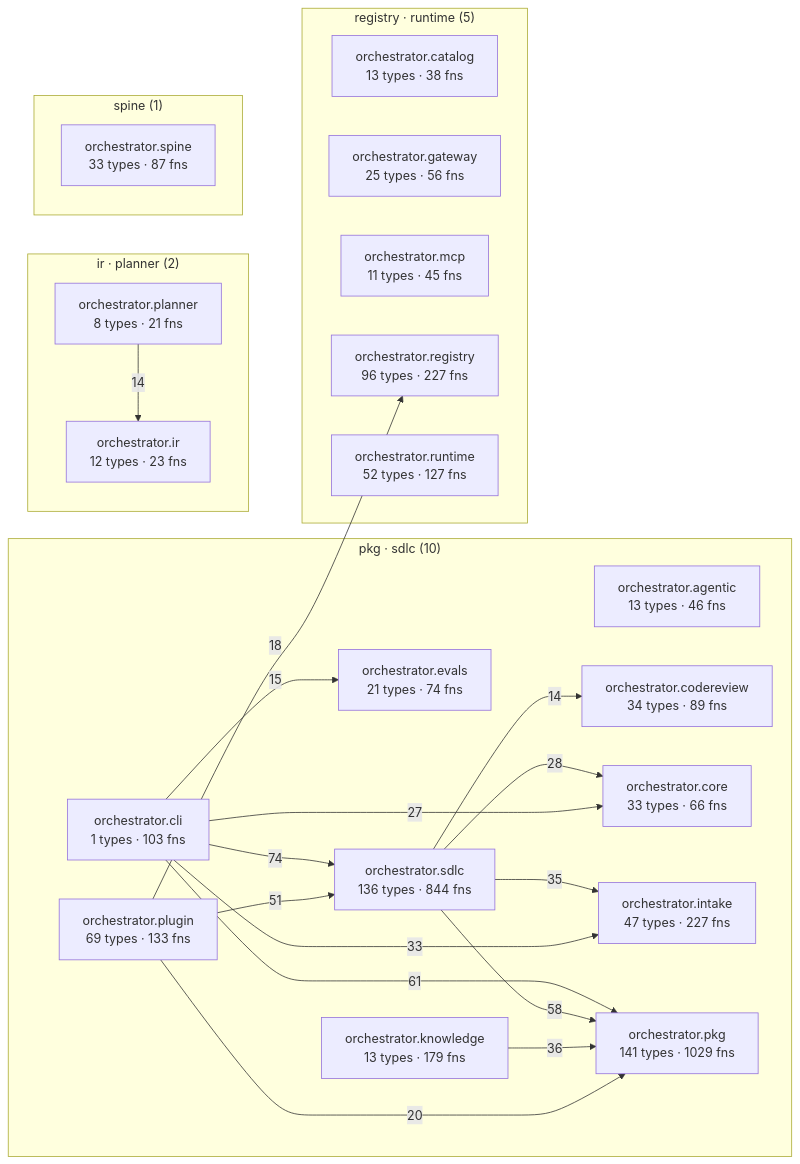
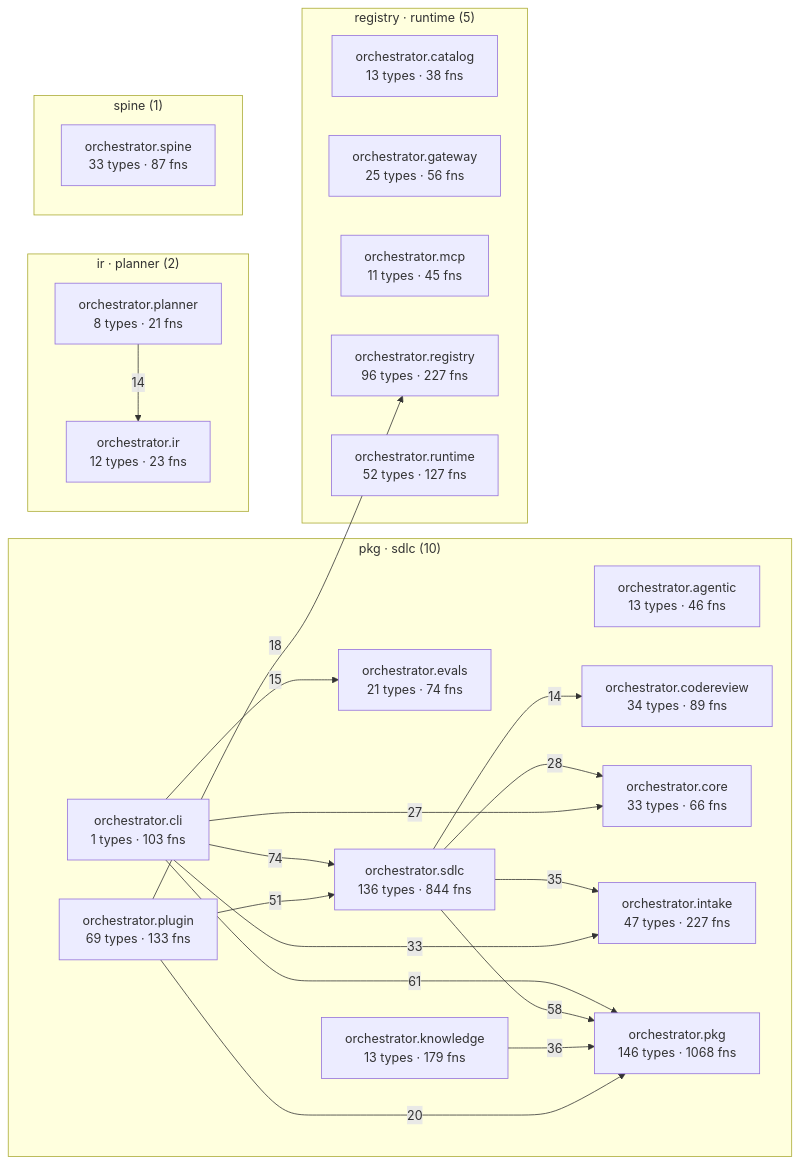
Before and after one commit to palakupadhyay23/spine: the diagram in episteme/architecture.md, drawn with Mermaid. The commit also changed other lines of this file and 24 other files, not shown here.

````diff
--- a/episteme/architecture.md
+++ b/episteme/architecture.md
@@ -54,43 +54,43 @@
 ```mermaid
 flowchart LR
   subgraph c_2["pkg · sdlc (10)"]
     aorchestratoragentic["orchestrator.agentic<br/>13 types · 46 fns"]
     aorchestratorcli["orchestrator.cli<br/>1 types · 103 fns"]
     aorchestratorcodereview["orchestrator.codereview<br/>34 types · 89 fns"]
     aorchestratorcore["orchestrator.core<br/>33 types · 66 fns"]
     aorchestratorevals["orchestrator.evals<br/>21 types · 74 fns"]
     aorchestratorintake["orchestrator.intake<br/>47 types · 227 fns"]
     aorchestratorknowledge["orchestrator.knowledge<br/>13 types · 179 fns"]
-    aorchestratorpkg["orchestrator.pkg<br/>141 types · 1029 fns"]
+    aorchestratorpkg["orchestrator.pkg<br/>146 types · 1068 fns"]
     aorchestratorplugin["orchestrator.plugin<br/>69 types · 133 fns"]
     aorchestratorsdlc["orchestrator.sdlc<br/>136 types · 844 fns"]
   end
   subgraph c_4["registry · runtime (5)"]
     aorchestratorcatalog["orchestrator.catalog<br/>13 types · 38 fns"]
     aorchestratorgateway["orchestrator.gateway<br/>25 types · 56 fns"]
     aorchestratormcp["orchestrator.mcp<br/>11 types · 45 fns"]
     aorchestratorregistry["orchestrator.registry<br/>96 types · 227 fns"]
     aorchestratorruntime["orchestrator.runtime<br/>52 types · 127 fns"]
   end
   subgraph c_7["ir · planner (2)"]
     aorchestratorir["orchestrator.ir<br/>12 types · 23 fns"]
     aorchestratorplanner["orchestrator.planner<br/>8 types · 21 fns"]
   end
   subgraph c_12["spine (1)"]
     aorchestratorspine["orchestrator.spine<br/>33 types · 87 fns"]
   end
   aorchestratorcli -->|74| aorchestratorsdlc
   aorchestratorcli -->|61| aorchestratorpkg
   aorchestratorsdlc -->|58| aorchestratorpkg
   aorchestratorplugin -->|51| aorchestratorsdlc
   aorchestratorknowledge -->|36| aorchestratorpkg
   aorchestratorsdlc -->|35| aorchestratorintake
   aorchestratorcli -->|33| aorchestratorintake
   aorchestratorsdlc -->|28| aorchestratorcore
   aorchestratorcli -->|27| aorchestratorcore
   aorchestratorplugin -->|20| aorchestratorpkg
   aorchestratorplugin -->|18| aorchestratorregistry
   aorchestratorcli -->|15| aorchestratorevals
   aorchestratorplanner -->|14| aorchestratorir
   aorchestratorsdlc -->|14| aorchestratorcodereview
 ```
````
